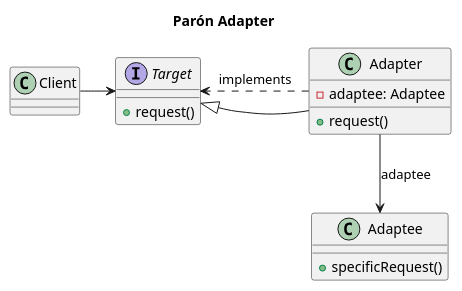
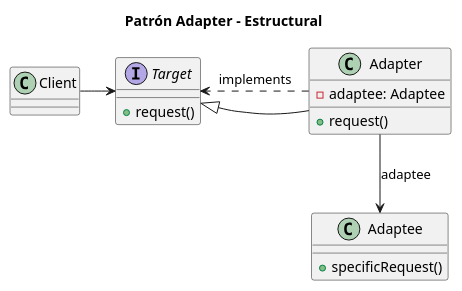
Before and after one commit to OverCV/PatronesSoftware: the diagram in .partials/adapter/patron.plantuml, drawn with PlantUML. The commit also changed 18 other files, not shown here.

```diff
--- a/.partials/adapter/patron.plantuml
+++ b/.partials/adapter/patron.plantuml
@@ -1,24 +1,24 @@
 @startuml Adapter Diagram
-title Parón Adapter
+title Patrón Adapter - Estructural
 
 interface Target {
     +request()
 }
 
 class Adaptee {
     +specificRequest()
 }
 
 class Adapter {
     +request()
     -adaptee: Adaptee
 }
 
 class Client
 
 Client -> Target
 Target <|- Adapter: " "
 Adapter --> Adaptee : adaptee
 Adapter ..> Target : implements
 
 @enduml
```
